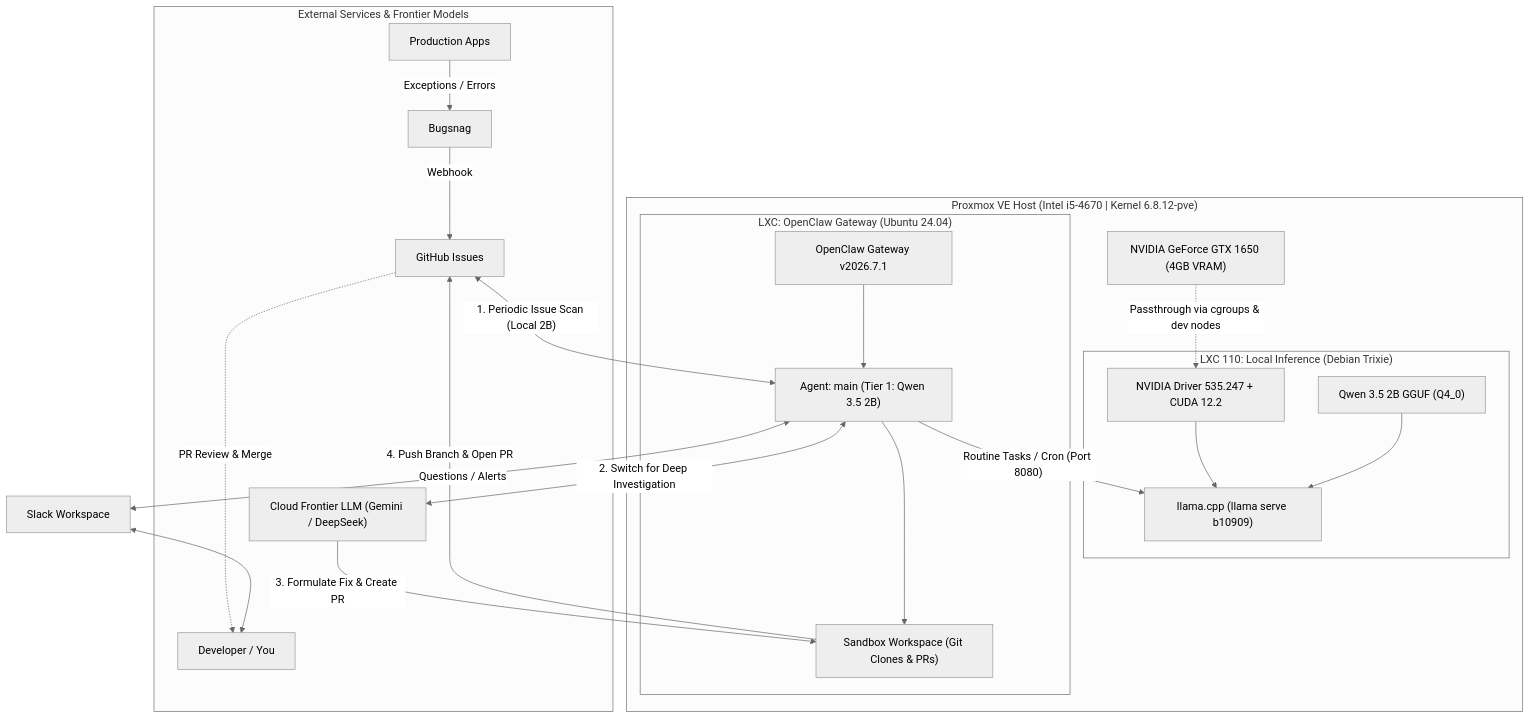
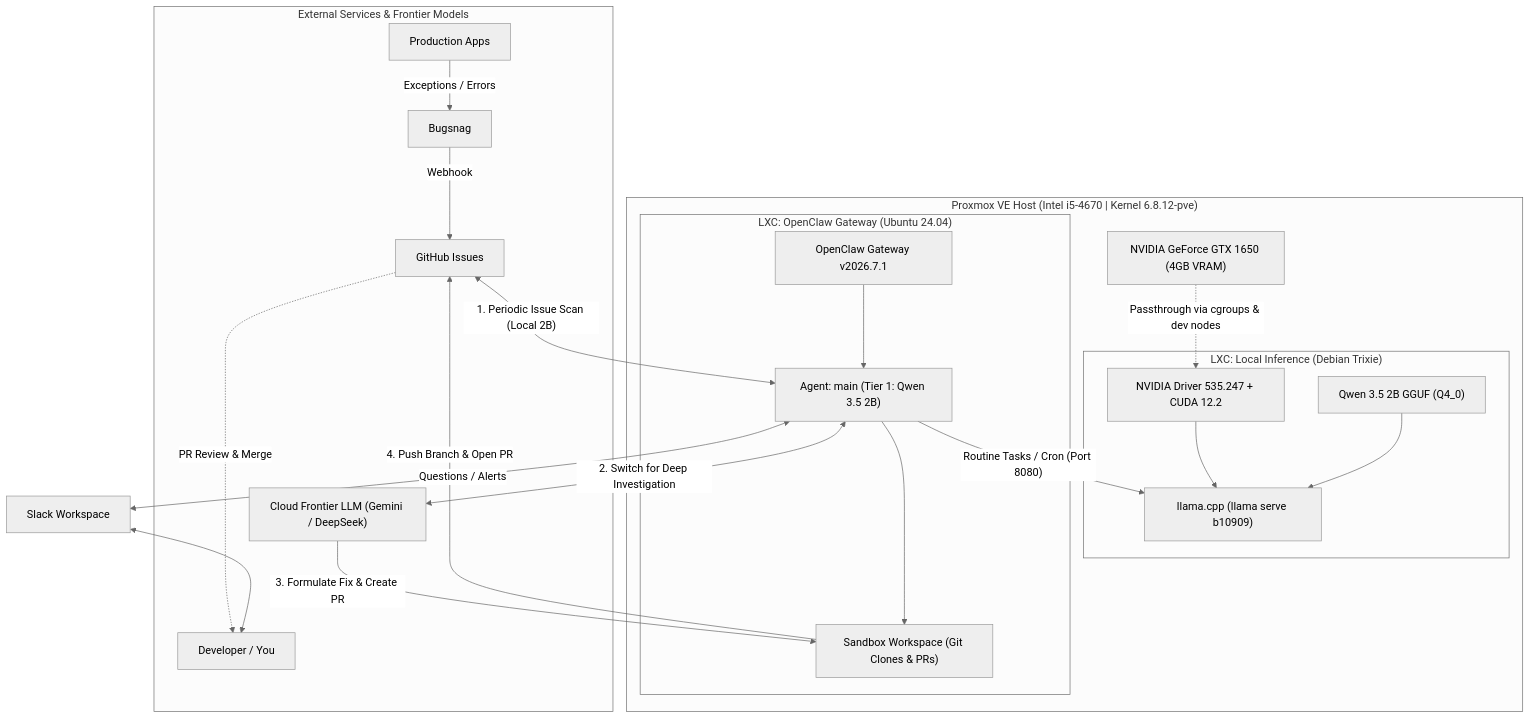
Before and after one commit to allensandiego/page: the diagram in _posts/2026-09-12-self-hosting-openclaw-agent-proxmox-lxc-gtx-1650-llama-cpp-qwen.md, drawn with Mermaid (neutral theme). The commit also changed other lines of this file, not shown here.

````diff
--- a/_posts/2026-09-12-self-hosting-openclaw-agent-proxmox-lxc-gtx-1650-llama-cpp-qwen.md
+++ b/_posts/2026-09-12-self-hosting-openclaw-agent-proxmox-lxc-gtx-1650-llama-cpp-qwen.md
@@ -48,39 +48,39 @@
 ```mermaid
 graph TD
     subgraph Cloud["External Services & Frontier Models"]
         APPS["Production Apps"] -->|"Exceptions / Errors"| BUGSNAG["Bugsnag"]
         BUGSNAG -->|"Webhook"| GH["GitHub Issues"]
         CLOUD_LLM["Cloud Frontier LLM (Gemini / DeepSeek)"]
         GH -.->|"PR Review & Merge"| USER["Developer / You"]
     end
 
     subgraph Host["Proxmox VE Host (Intel i5-4670 | Kernel 6.8.12-pve)"]
         GPU["NVIDIA GeForce GTX 1650 (4GB VRAM)"]
 
-        subgraph LXC110["LXC 110: Local Inference (Debian Trixie)"]
+        subgraph LXC_INFERENCE["LXC: Local Inference (Debian Trixie)"]
             NV["NVIDIA Driver 535.247 + CUDA 12.2"]
             LLAMA["llama.cpp (llama serve b10909)"]
             MODEL["Qwen 3.5 2B GGUF (Q4_0)"]
             NV --> LLAMA
             MODEL --> LLAMA
         end
 
         subgraph LXC_CLAW["LXC: OpenClaw Gateway (Ubuntu 24.04)"]
             GATEWAY["OpenClaw Gateway v2026.7.1"]
             AGENT["Agent: main (Tier 1: Qwen 3.5 2B)"]
             WORKSPACE["Sandbox Workspace (Git Clones & PRs)"]
             GATEWAY --> AGENT
             AGENT --> WORKSPACE
         end
 
         GPU -. Passthrough via cgroups & dev nodes .-> NV
         AGENT -- "Routine Tasks / Cron (Port 8080)" --> LLAMA
     end
 
     GH <-->|"1. Periodic Issue Scan (Local 2B)"| AGENT
     AGENT <-->|"2. Switch for Deep Investigation"| CLOUD_LLM
     CLOUD_LLM -->|"3. Formulate Fix & Create PR"| WORKSPACE
     WORKSPACE -->|"4. Push Branch & Open PR"| GH
     AGENT <-->|"Questions / Alerts"| SLACK["Slack Workspace"]
     SLACK <--> USER
 ```
````
